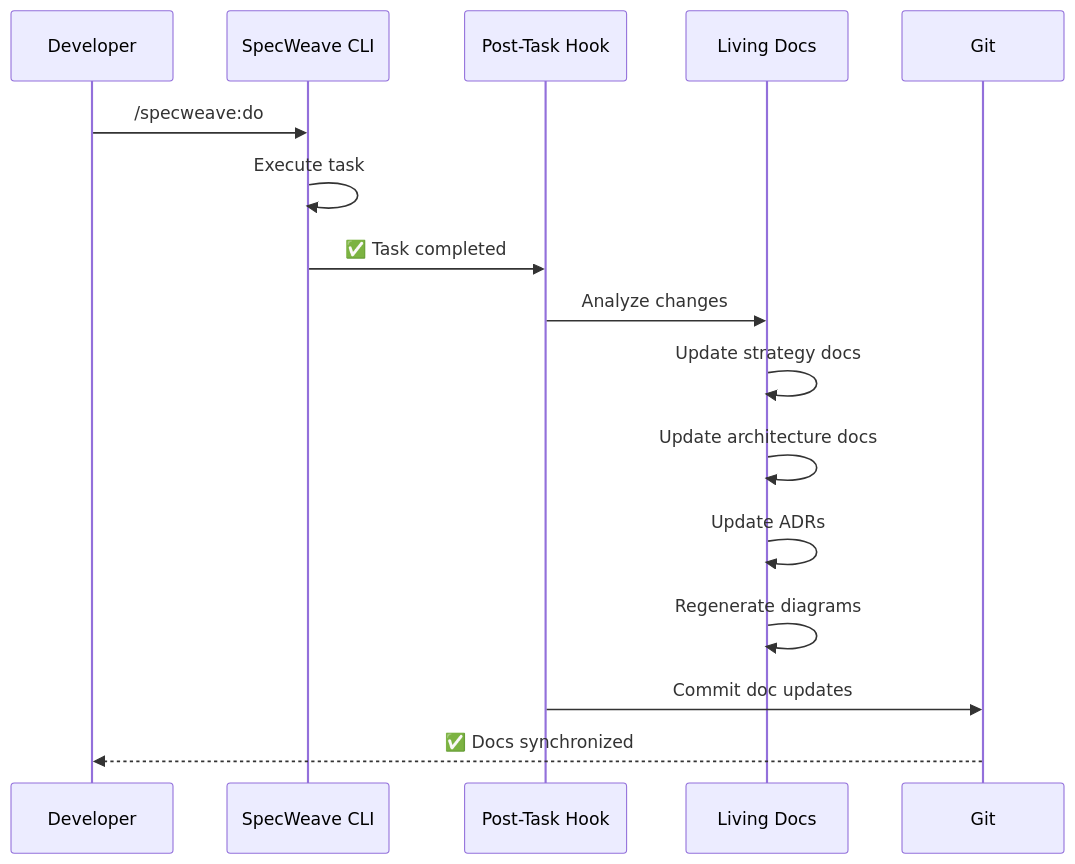
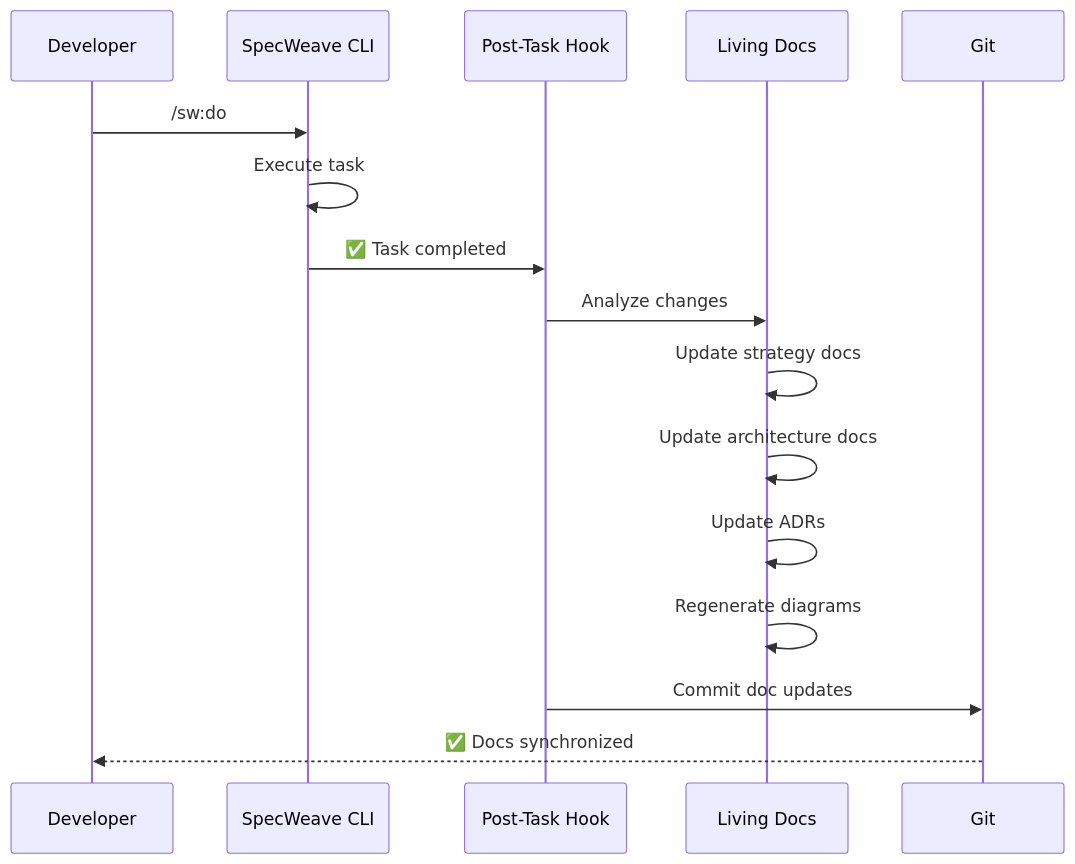
One commit to anton-abyzov/specweave changed the fourth of 4 diagrams in docs-site/docs/guides/core-concepts/living-documentation.md. Above: the diagram before and after it, drawn with Mermaid. The commit also changed other lines of this file and 505 other files, not shown here.

````diff
--- a/docs-site/docs/guides/core-concepts/living-documentation.md
+++ b/docs-site/docs/guides/core-concepts/living-documentation.md
@@ -407,19 +407,19 @@
 ```mermaid
 sequenceDiagram
     participant Dev as Developer
     participant CLI as SpecWeave CLI
     participant Hook as Post-Task Hook
     participant Docs as Living Docs
     participant Git as Git
 
-    Dev->>CLI: /specweave:do
+    Dev->>CLI: /sw:do
     CLI->>CLI: Execute task
     CLI->>Hook: ✅ Task completed
     Hook->>Docs: Analyze changes
     Docs->>Docs: Update strategy docs
     Docs->>Docs: Update architecture docs
     Docs->>Docs: Update ADRs
     Docs->>Docs: Regenerate diagrams
     Hook->>Git: Commit doc updates
     Git-->>Dev: ✅ Docs synchronized
 ```
````
